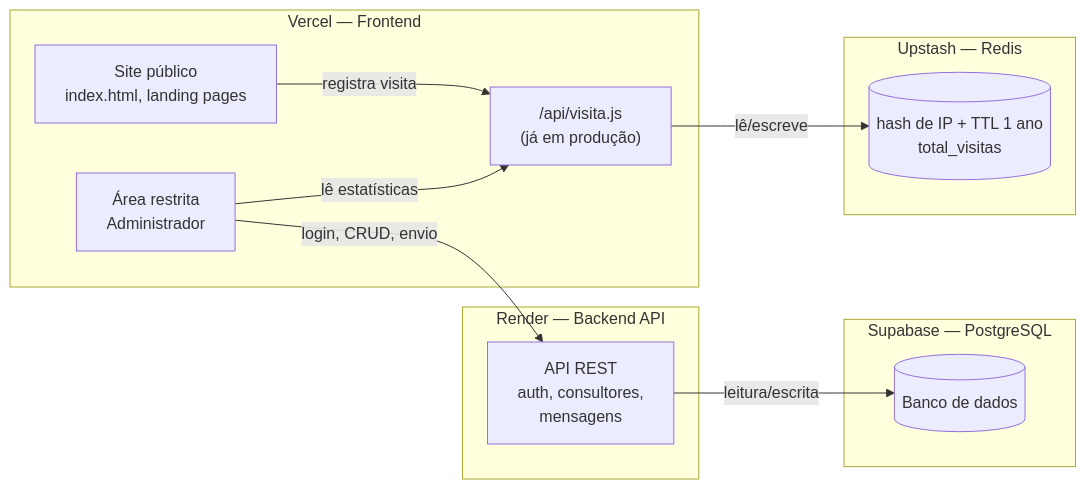
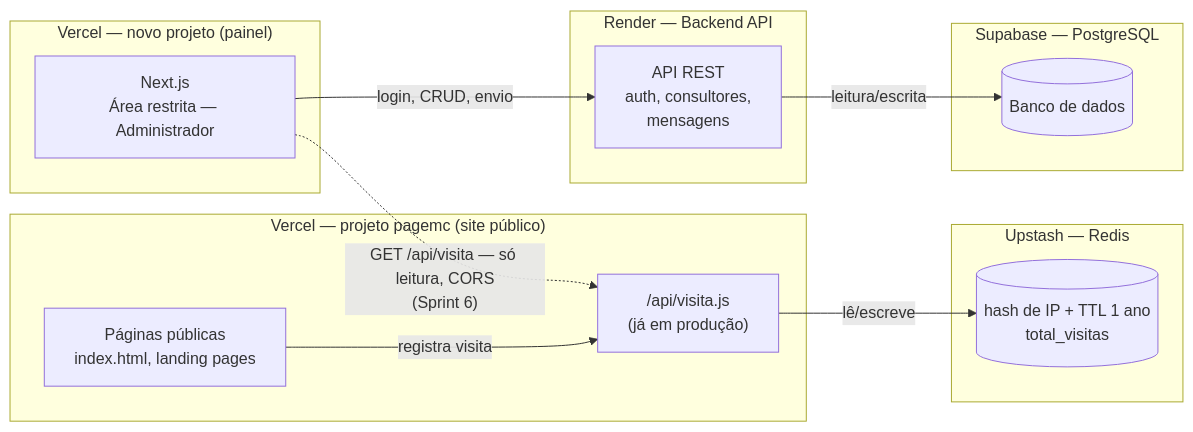
The diagram in docs/plano-sprints-area-restrita.md (crisqua/MCVENDAS_HK), drawn with Mermaid before and after one commit. The commit also changed other lines of this file and 1 other file, not shown here.

First line of the commit message:
Documenta decisao de isolar a area restrita em projeto/repo proprios

````diff
--- a/docs/plano-sprints-area-restrita.md
+++ b/docs/plano-sprints-area-restrita.md
@@ -22,26 +32,29 @@
 ```mermaid
 flowchart LR
-    subgraph Vercel["Vercel — Frontend"]
-        A[Site público\nindex.html, landing pages]
-        B[Área restrita\nAdministrador]
+    subgraph PagemcVercel["Vercel — projeto pagemc (site público)"]
+        A[Páginas públicas\nindex.html, landing pages]
         E["/api/visita.js\n(já em produção)"]
+    end
+
+    subgraph Upstash["Upstash — Redis"]
+        F[(hash de IP + TTL 1 ano\ntotal_visitas)]
+    end
+
+    subgraph PainelVercel["Vercel — novo projeto (painel)"]
+        B[Next.js\nÁrea restrita — Administrador]
     end
 
     subgraph Render["Render — Backend API"]
         C[API REST\nauth, consultores,\nmensagens]
     end
 
     subgraph Supabase["Supabase — PostgreSQL"]
         D[(Banco de dados)]
     end
 
-    subgraph Upstash["Upstash — Redis"]
-        F[(hash de IP + TTL 1 ano\ntotal_visitas)]
-    end
-
     A -- "registra visita" --> E
     E -- "lê/escreve" --> F
     B -- "login, CRUD, envio" --> C
-    B -- "lê estatísticas" --> E
     C -- "leitura/escrita" --> D
+    B -. "GET /api/visita — só leitura, CORS\n(Sprint 6)" .-> E
 ```
````
